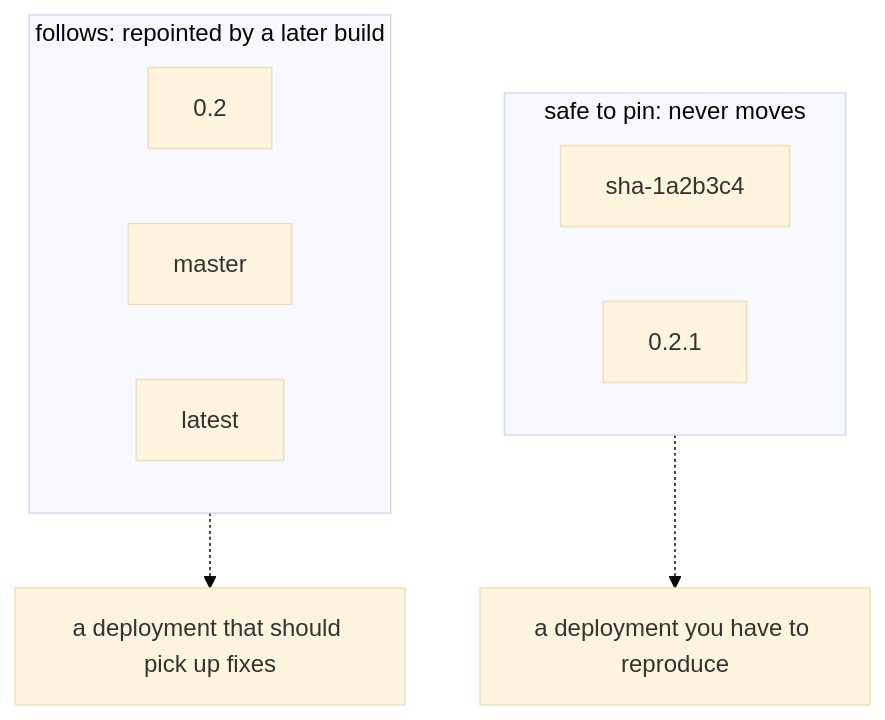
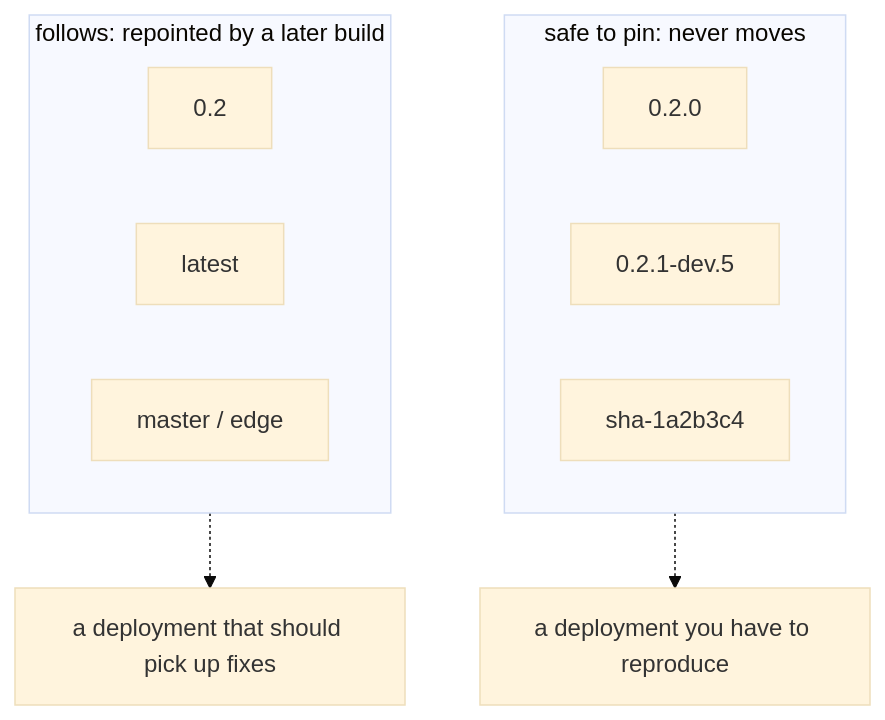
The second of 3 diagrams in README.md (Ar4ikov/vibevoice.c), drawn with Mermaid (base theme) before and after one commit. The commit also changed other lines of this file and 16 other files, not shown here.

````diff
--- a/README.md
+++ b/README.md
@@ -424,14 +423,15 @@
 ```mermaid
 flowchart TD
   subgraph pinned["safe to pin: never moves"]
+    V["0.2.0"]
+    D["0.2.1-dev.5"]
     S["sha-1a2b3c4"]
-    V["0.2.1"]
   end
   subgraph moving["follows: repointed by a later build"]
     M["0.2"]
-    B["master"]
     L["latest"]
+    B["master / edge"]
   end
   pinned -.-> R["a deployment you have to reproduce"]
   moving -.-> U["a deployment that should pick up fixes"]
 ```
````
